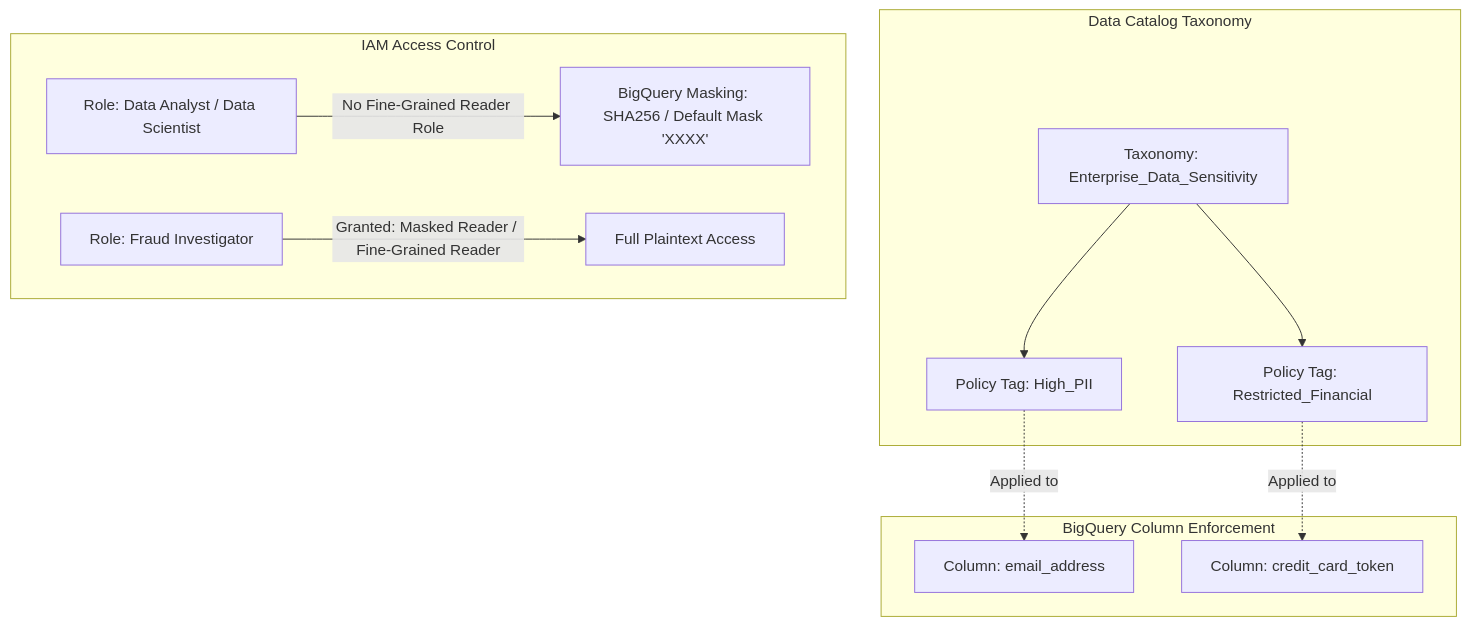
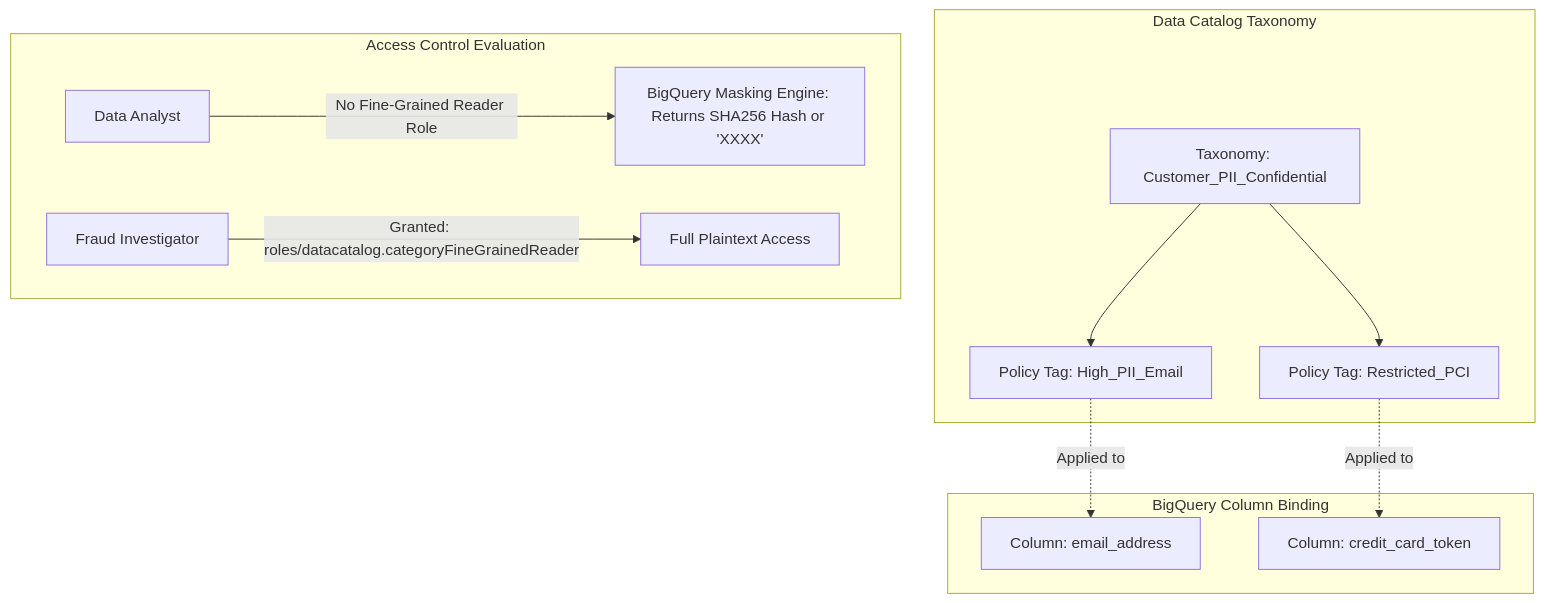
The fourth of 4 diagrams in 03_phase2_lifecycle_architecture/05_orchestration_governance_and_serving.md (rohithvishaal/GCP_PDE_Notes), drawn with Mermaid before and after one commit. The commit also changed other lines of this file and 15 other files, not shown here.

````diff
--- a/03_phase2_lifecycle_architecture/05_orchestration_governance_and_serving.md
+++ b/03_phase2_lifecycle_architecture/05_orchestration_governance_and_serving.md
@@ -284,21 +363,21 @@
 ```mermaid
 graph TD
-    subgraph Data Catalog Taxonomy
-        Tax[Taxonomy: Enterprise_Data_Sensitivity]
-        Tax --> PII[Policy Tag: High_PII]
-        Tax --> Financial[Policy Tag: Restricted_Financial]
+    subgraph Data_Catalog_Taxonomy["Data Catalog Taxonomy"]
+        Tax[Taxonomy: Customer_PII_Confidential]
+        Tax --> PII[Policy Tag: High_PII_Email]
+        Tax --> Financial[Policy Tag: Restricted_PCI]
     end
 
-    subgraph BigQuery Column Enforcement
+    subgraph BigQuery_Enforcement["BigQuery Column Binding"]
         PII -.->|Applied to| EmailCol[Column: email_address]
         Financial -.->|Applied to| CardCol[Column: credit_card_token]
     end
 
-    subgraph IAM Access Control
-        DataScientist[Role: Data Analyst / Data Scientist]
-        FraudInvestigator[Role: Fraud Investigator]
+    subgraph User_Access_Evaluation["Access Control Evaluation"]
+        DataAnalyst[Data Analyst]
+        FraudInvestigator[Fraud Investigator]
         
-        DataScientist -->|No Fine-Grained Reader Role| MaskedView[BigQuery Masking: SHA256 / Default Mask 'XXXX']
-        FraudInvestigator -->|Granted: Masked Reader / Fine-Grained Reader| PlaintextView[Full Plaintext Access]
+        DataAnalyst -->|No Fine-Grained Reader Role| MaskedView[BigQuery Masking Engine: Returns SHA256 Hash or 'XXXX']
+        FraudInvestigator -->|Granted: roles/datacatalog.categoryFineGrainedReader| PlaintextView[Full Plaintext Access]
     end
 ```
````
